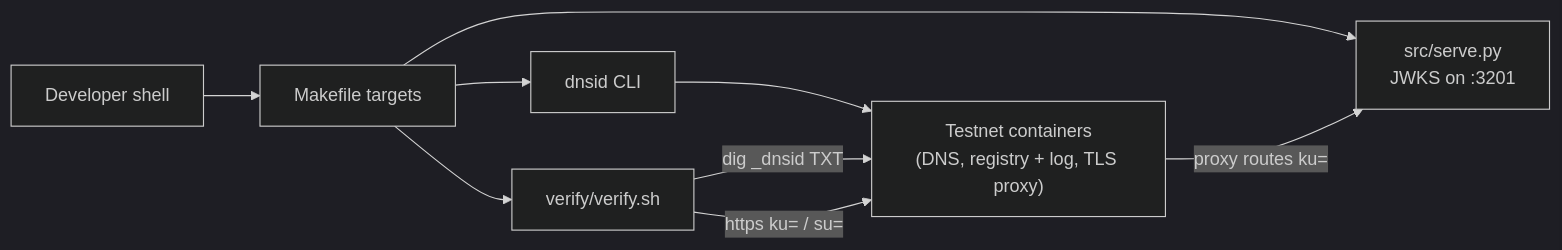
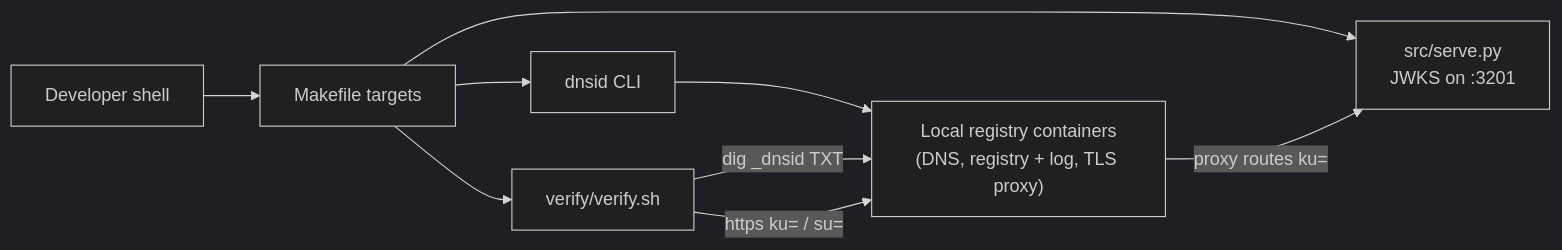
Before and after one commit to dnsid-ai/dnsid-cookbook: the diagram in recipes/01-publish-jwks/architecture.md, drawn with Mermaid (dark theme). The commit also changed other lines of this file and 39 other files, not shown here.

First line of the commit message:
fix: update to correctly reference dnsid local (#18)

````diff
--- a/recipes/01-publish-jwks/architecture.md
+++ b/recipes/01-publish-jwks/architecture.md
@@ -24,11 +24,11 @@
 ```mermaid
 flowchart LR
     host["Developer shell"] --> make["Makefile targets"]
     make --> cli["dnsid CLI"]
-    cli --> testnet["Testnet containers\n(DNS, registry + log, TLS proxy)"]
+    cli --> local["Local registry containers\n(DNS, registry + log, TLS proxy)"]
     make --> serve["src/serve.py\nJWKS on :3201"]
     make --> verify["verify/verify.sh"]
-    verify -->|"dig _dnsid TXT"| testnet
-    verify -->|"https ku= / su="| testnet
-    testnet -->|"proxy routes ku="| serve
+    verify -->|"dig _dnsid TXT"| local
+    verify -->|"https ku= / su="| local
+    local -->|"proxy routes ku="| serve
 ```
````
